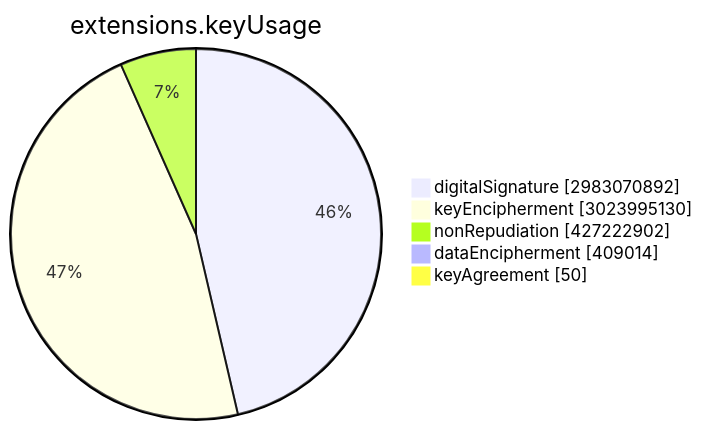
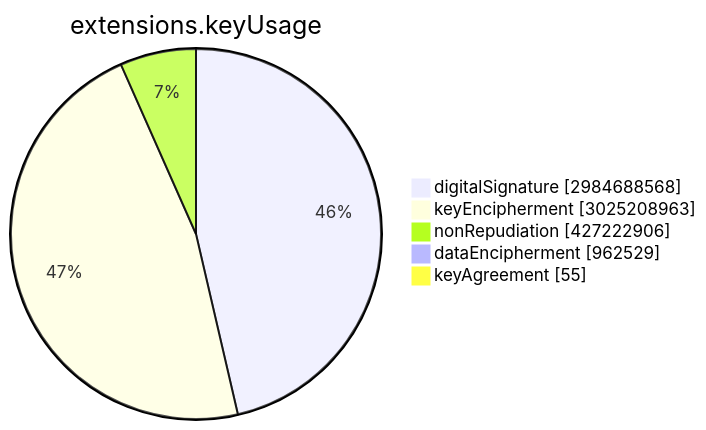
One commit to christiankrug/ctmonitor_visualization changed the sixth of 15 diagrams in TOTAL/README.md. Above: the diagram before and after it, drawn with Mermaid. The commit also changed other lines of this file, not shown here.

````diff
--- a/TOTAL/README.md
+++ b/TOTAL/README.md
@@ -3068,9 +3070,9 @@
 ```mermaid
 pie showData
 title extensions.keyUsage
-"digitalSignature" :2983070892
-"keyEncipherment" :3023995130
-"nonRepudiation" :427222902
-"dataEncipherment" :409014
-"keyAgreement" :50
+"digitalSignature" :2984688568
+"keyEncipherment" :3025208963
+"nonRepudiation" :427222906
+"dataEncipherment" :962529
+"keyAgreement" :55
 ```
````
